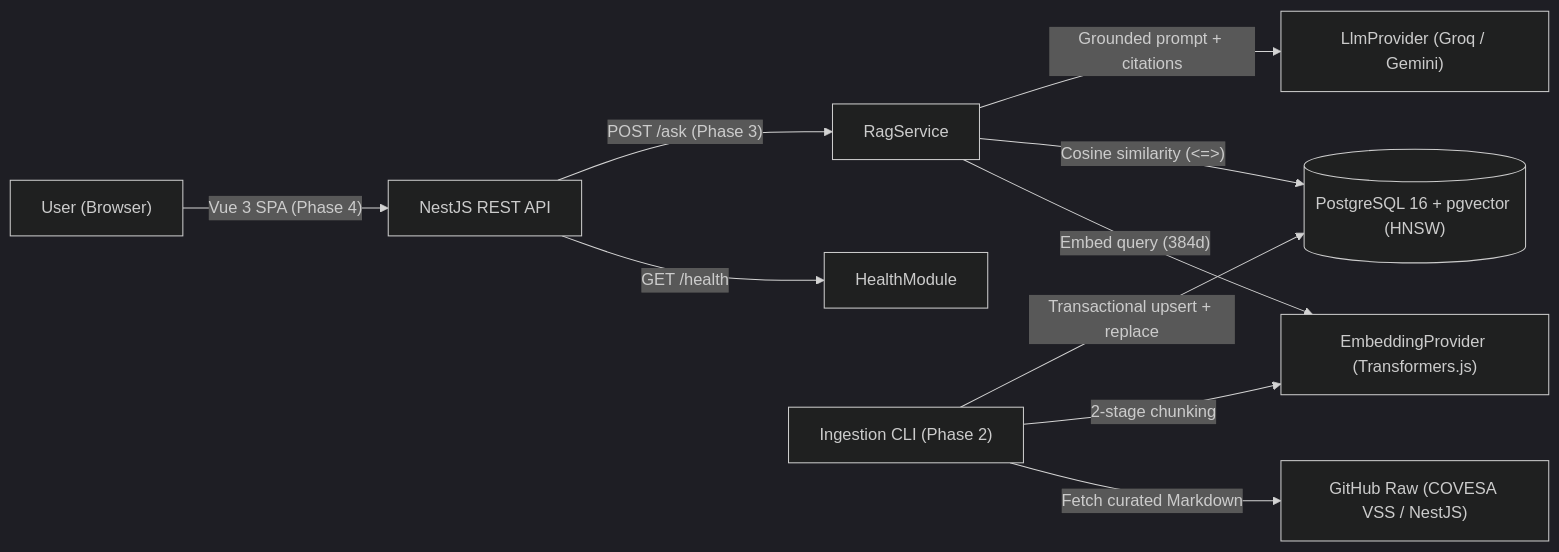
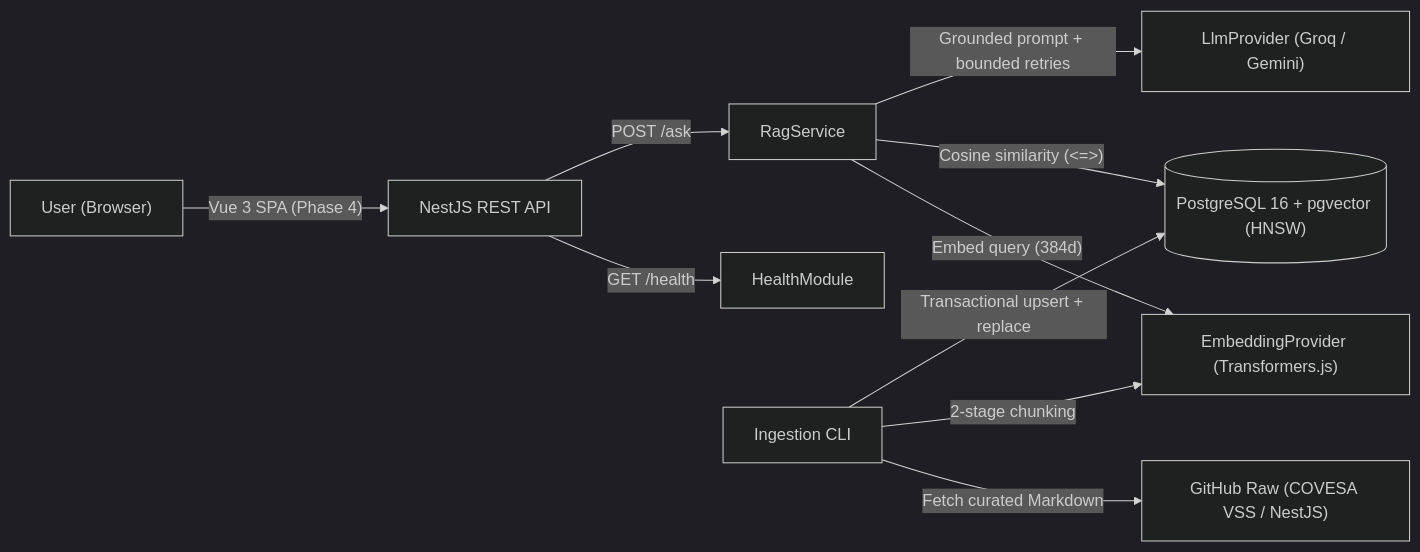
Before and after one commit to Hatim-Merchant/engirag-engineering-assistant: the diagram in docs/architecture.md, drawn with Mermaid (dark theme). The commit also changed other lines of this file and 27 other files, not shown here.

Commit message:
feat(rag): implement pgvector retrieval, Groq LLM provider, and POST /ask API

````diff
--- a/docs/architecture.md
+++ b/docs/architecture.md
@@ -7,12 +7,12 @@
 ```mermaid
 flowchart LR
   User["User (Browser)"] -->|"Vue 3 SPA (Phase 4)"| API["NestJS REST API"]
   API -->|"GET /health"| Health["HealthModule"]
-  API -->|"POST /ask (Phase 3)"| RAG["RagService"]
+  API -->|"POST /ask"| RAG["RagService"]
   RAG -->|"Embed query (384d)"| Emb["EmbeddingProvider (Transformers.js)"]
   RAG -->|"Cosine similarity (<=>)"| PG[("PostgreSQL 16 + pgvector (HNSW)")]
-  RAG -->|"Grounded prompt + citations"| LLM["LlmProvider (Groq / Gemini)"]
-  Ingest["Ingestion CLI (Phase 2)"] -->|"Fetch curated Markdown"| Docs["GitHub Raw (COVESA VSS / NestJS)"]
+  RAG -->|"Grounded prompt + bounded retries"| LLM["LlmProvider (Groq / Gemini)"]
+  Ingest["Ingestion CLI"] -->|"Fetch curated Markdown"| Docs["GitHub Raw (COVESA VSS / NestJS)"]
   Ingest -->|"2-stage chunking"| Emb
   Ingest -->|"Transactional upsert + replace"| PG
 ```
````
